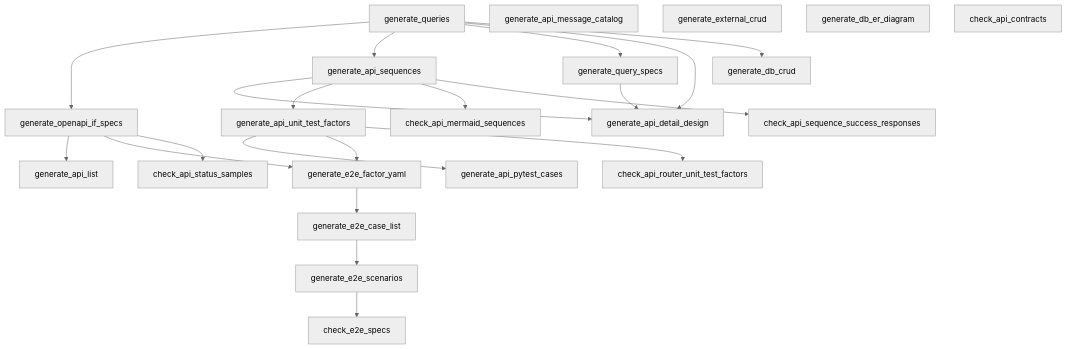
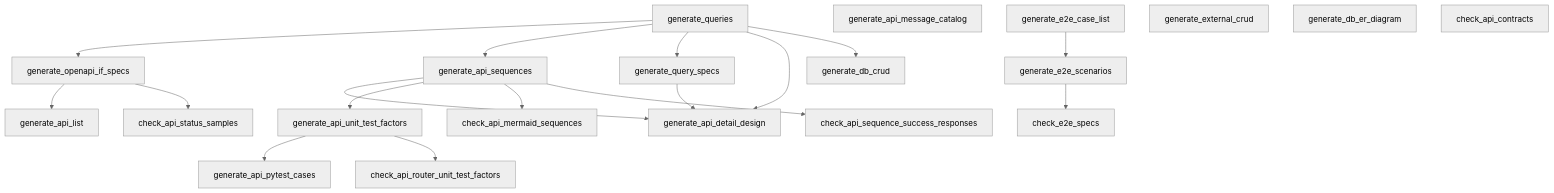
One commit to tsuji-tomonori/lazunex changed the diagram in docs/spec/tools/execution-flow.gen.md. Above: the diagram before and after it, drawn with Mermaid (neutral theme). The commit also changed 29 other files, not shown here.

````diff
--- a/docs/spec/tools/execution-flow.gen.md
+++ b/docs/spec/tools/execution-flow.gen.md
@@ -5,43 +5,39 @@
 ```mermaid
 flowchart TD
   generate_queries[generate_queries]
   generate_api_pytest_cases[generate_api_pytest_cases]
   generate_api_unit_test_factors --> generate_api_pytest_cases
   generate_openapi_if_specs[generate_openapi_if_specs]
   generate_queries --> generate_openapi_if_specs
   generate_api_list[generate_api_list]
   generate_openapi_if_specs --> generate_api_list
   generate_api_sequences[generate_api_sequences]
   generate_queries --> generate_api_sequences
   generate_query_specs[generate_query_specs]
   generate_queries --> generate_query_specs
   generate_api_detail_design[generate_api_detail_design]
   generate_queries --> generate_api_detail_design
   generate_query_specs --> generate_api_detail_design
   generate_api_sequences --> generate_api_detail_design
   generate_api_unit_test_factors[generate_api_unit_test_factors]
   generate_api_sequences --> generate_api_unit_test_factors
   generate_api_message_catalog[generate_api_message_catalog]
-  generate_e2e_factor_yaml[generate_e2e_factor_yaml]
-  generate_api_unit_test_factors --> generate_e2e_factor_yaml
-  generate_openapi_if_specs --> generate_e2e_factor_yaml
   generate_e2e_case_list[generate_e2e_case_list]
-  generate_e2e_factor_yaml --> generate_e2e_case_list
   generate_e2e_scenarios[generate_e2e_scenarios]
   generate_e2e_case_list --> generate_e2e_scenarios
   generate_db_crud[generate_db_crud]
   generate_queries --> generate_db_crud
   generate_external_crud[generate_external_crud]
   generate_db_er_diagram[generate_db_er_diagram]
   check_api_status_samples[check_api_status_samples]
   generate_openapi_if_specs --> check_api_status_samples
   check_api_contracts[check_api_contracts]
   check_api_mermaid_sequences[check_api_mermaid_sequences]
   generate_api_sequences --> check_api_mermaid_sequences
   check_api_sequence_success_responses[check_api_sequence_success_responses]
   generate_api_sequences --> check_api_sequence_success_responses
   check_api_router_unit_test_factors[check_api_router_unit_test_factors]
   generate_api_unit_test_factors --> check_api_router_unit_test_factors
   check_e2e_specs[check_e2e_specs]
   generate_e2e_scenarios --> check_e2e_specs
 ```
````
